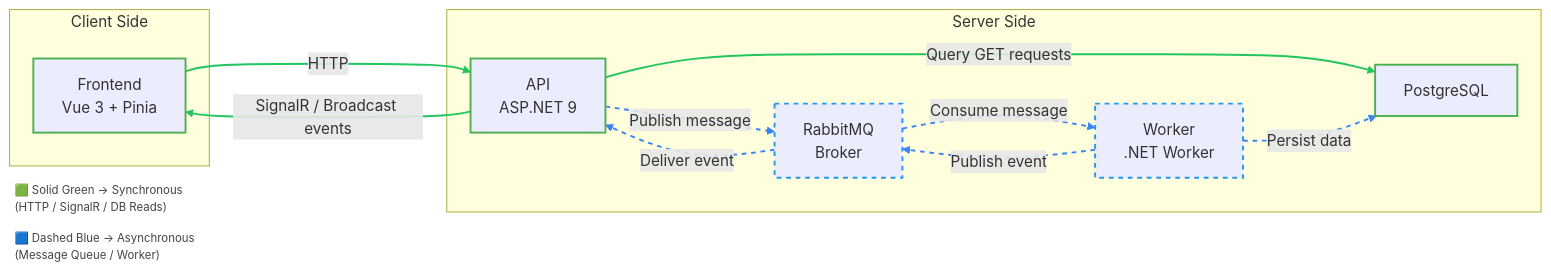
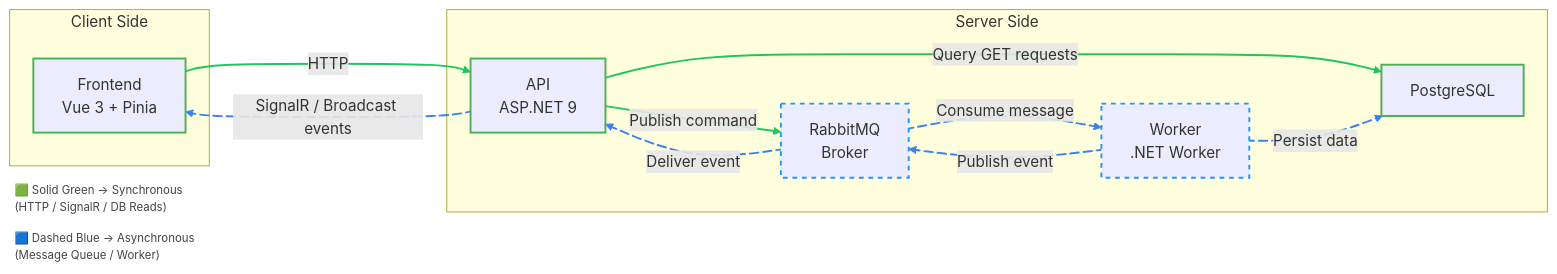
Before and after one commit to TravisNickels/ClientManagerDemo: the first of 3 diagrams in README.md, drawn with Mermaid. The commit also changed other lines of this file, not shown here.

Commit message:
Update README and add mermaid diagrams

````diff
--- a/README.md
+++ b/README.md
@@ -36,41 +84,48 @@
 ```mermaid
 flowchart LR
     subgraph ClientSide[Client Side]
         FE[Frontend<br/>Vue 3 + Pinia]
     end
 
     subgraph ServerSide[Server Side]
         API[API<br/>ASP.NET 9]
         MQ[RabbitMQ<br/>Broker]
         WRK[Worker<br/>.NET Worker]
         DB[PostgreSQL]
     end
 
     %% Synchronous Flows (solid green)
     FE -->|HTTP| API
     API -->|Query GET requests| DB
-    API -->|SignalR / Broadcast events| FE
+    API -->|Publish command| MQ
 
     %% Asynchronous Flows (dashed blue)
-    API -.->|Publish message| MQ
-    MQ -.->|Consume message| WRK
-    WRK -.->|Persist data| DB
-    WRK -.->|Publish event| MQ
-    MQ -.->|Deliver event| API
+    MQ a1@==>|Consume message| WRK
+    WRK a2@==>|Persist data| DB
+    WRK a3@==>|Publish event| MQ
+    MQ a4@==>|Deliver event| API
+    API a5@==>|SignalR / Broadcast events| FE
+
+    %% Animation
+    a1@{animate: true}
+    a2@{animate: true}
+    a3@{animate: true}
+    a4@{animate: true}
+    a5@{animate: true}
 
     %% Styling
     classDef sync stroke:#4CAF50,stroke-width:2px;
     classDef async stroke:#2196F3,stroke-width:2px,stroke-dasharray: 5 5;
     class FE,API,DB sync
     class MQ,WRK async
     linkStyle 0,1,2 stroke:#22C55E,stroke-width:2px;
     linkStyle 3,4,5,6,7 stroke:#3B82F6,stroke-width:2px,stroke-dasharray: 5 5;
 
     %% Legend
     classDef legendBox fill:none,stroke:none,color:#444,font-size:12px,text-align:left;
     L1(["🟩 Solid Green → Synchronous (HTTP / SignalR / DB Reads)"])
     L2(["🟦 Dashed Blue → Asynchronous (Message Queue / Worker)"])
     L1:::legendBox
     L2:::legendBox
 
 ```
````
